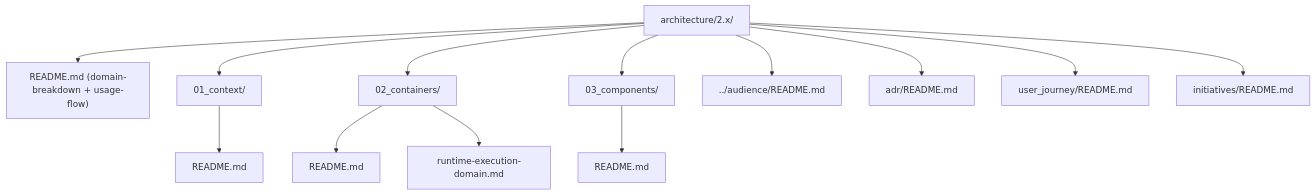
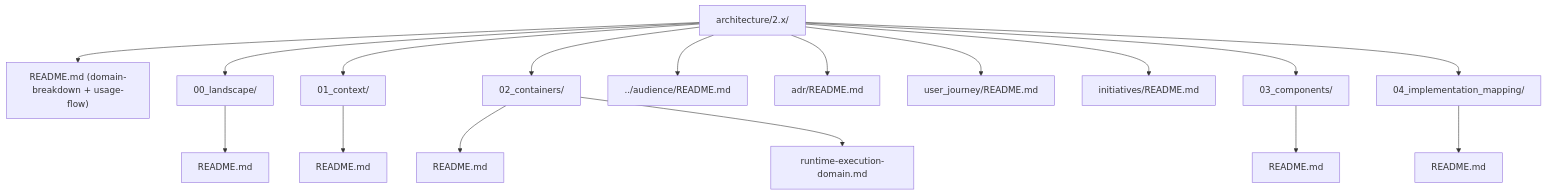
The third of 3 diagrams in architecture/2.x/README.md (stijn-dejongh/spec-kitty), drawn with Mermaid before and after one commit. The commit also changed other lines of this file and 319 other files, not shown here.

First line of the commit message:
feat: doctrine artifact domain models, C4 architecture, and curation pipeline (spec 046)

````diff
--- a/architecture/2.x/README.md
+++ b/architecture/2.x/README.md
@@ -185,40 +188,48 @@
 ```mermaid
 flowchart TD
     root["architecture/2.x/"]
 
     readme["README.md (domain-breakdown + usage-flow)"]
     c1dir["01_context/"]
     c1doc["README.md"]
     c2dir["02_containers/"]
     c2doc["README.md"]
     c2detail["runtime-execution-domain.md"]
     c3dir["03_components/"]
     c3doc["README.md"]
     audience["../audience/README.md"]
     adrdir["adr/README.md"]
     ujdir["user_journey/README.md"]
     initdir["initiatives/README.md"]
 
     root --> readme
+    c0dir["00_landscape/"]
+    c0doc["README.md"]
+    root --> c0dir
+    c0dir --> c0doc
     root --> c1dir
     c1dir --> c1doc
     root --> c2dir
     c2dir --> c2doc
     c2dir --> c2detail
     root --> c3dir
     c3dir --> c3doc
+    c4dir["04_implementation_mapping/"]
+    c4doc["README.md"]
+    root --> c4dir
+    c4dir --> c4doc
     root --> adrdir
     root --> ujdir
     root --> initdir
     root --> audience
 
     click readme "README.md" "Domain Breakdown and Usage Flow"
     click c1doc "01_context/README.md" "C4 Context"
     click c2doc "02_containers/README.md" "C4 Containers"
     click c2detail "02_containers/runtime-execution-domain.md" "Runtime/Execution Domain Detail"
     click c3doc "03_components/README.md" "C4 Components"
     click audience "../audience/README.md" "Audience Personas"
     click adrdir "adr/README.md" "2.x ADR Index"
     click ujdir "user_journey/README.md" "2.x User Journeys"
     click initdir "initiatives/README.md" "2.x Initiatives"
 ```
````
